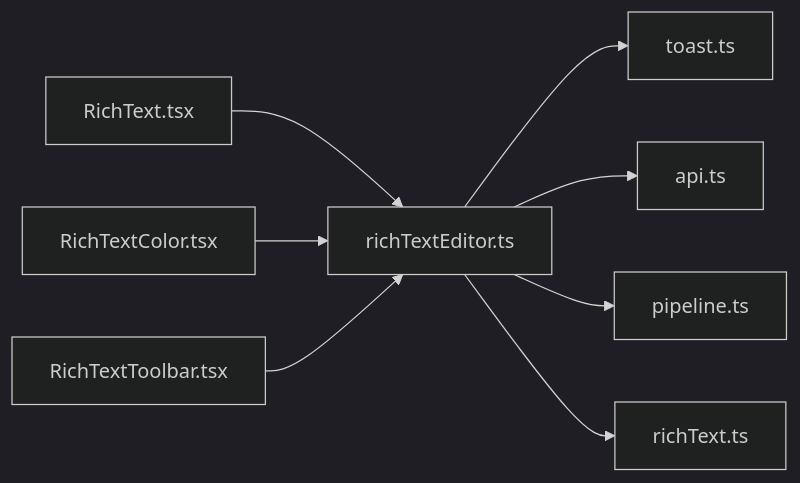
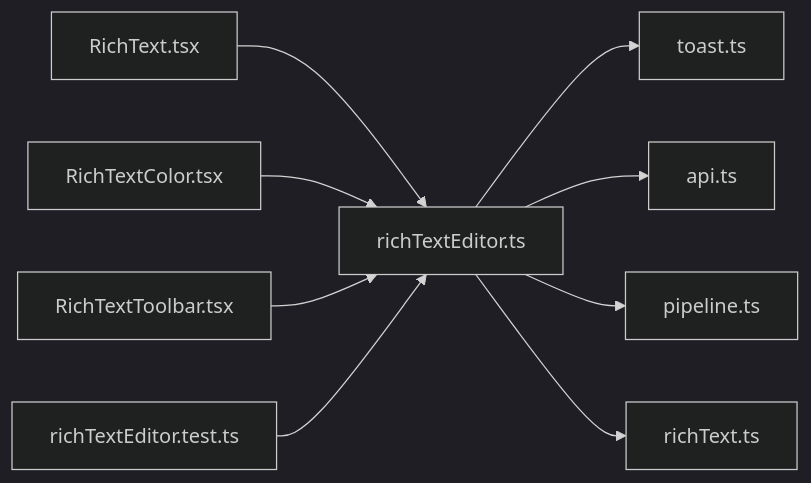
The diagram in .cluedoc/graph/frontend/src/components/richTextEditor.md (minkong-dev/Banblit), drawn with Mermaid (dark theme) before and after one commit. The commit also changed other lines of this file and 8 other files, not shown here.

````diff
--- a/.cluedoc/graph/frontend/src/components/richTextEditor.md
+++ b/.cluedoc/graph/frontend/src/components/richTextEditor.md
@@ -10,11 +10,12 @@
 ```mermaid
 flowchart LR
   frontend_src_components_richTextEditor["richTextEditor.ts"]
   frontend_src_components_richTextEditor --> frontend_src_components_toast["toast.ts"]
   frontend_src_components_richTextEditor --> frontend_src_lib_api["api.ts"]
   frontend_src_components_richTextEditor --> frontend_src_lib_pipeline["pipeline.ts"]
   frontend_src_components_richTextEditor --> frontend_src_lib_richText["richText.ts"]
   frontend_src_components_RichText["RichText.tsx"] --> frontend_src_components_richTextEditor
   frontend_src_components_RichTextColor["RichTextColor.tsx"] --> frontend_src_components_richTextEditor
   frontend_src_components_RichTextToolbar["RichTextToolbar.tsx"] --> frontend_src_components_richTextEditor
+  frontend_src_components_richTextEditor_test["richTextEditor.test.ts"] --> frontend_src_components_richTextEditor
 ```
````
